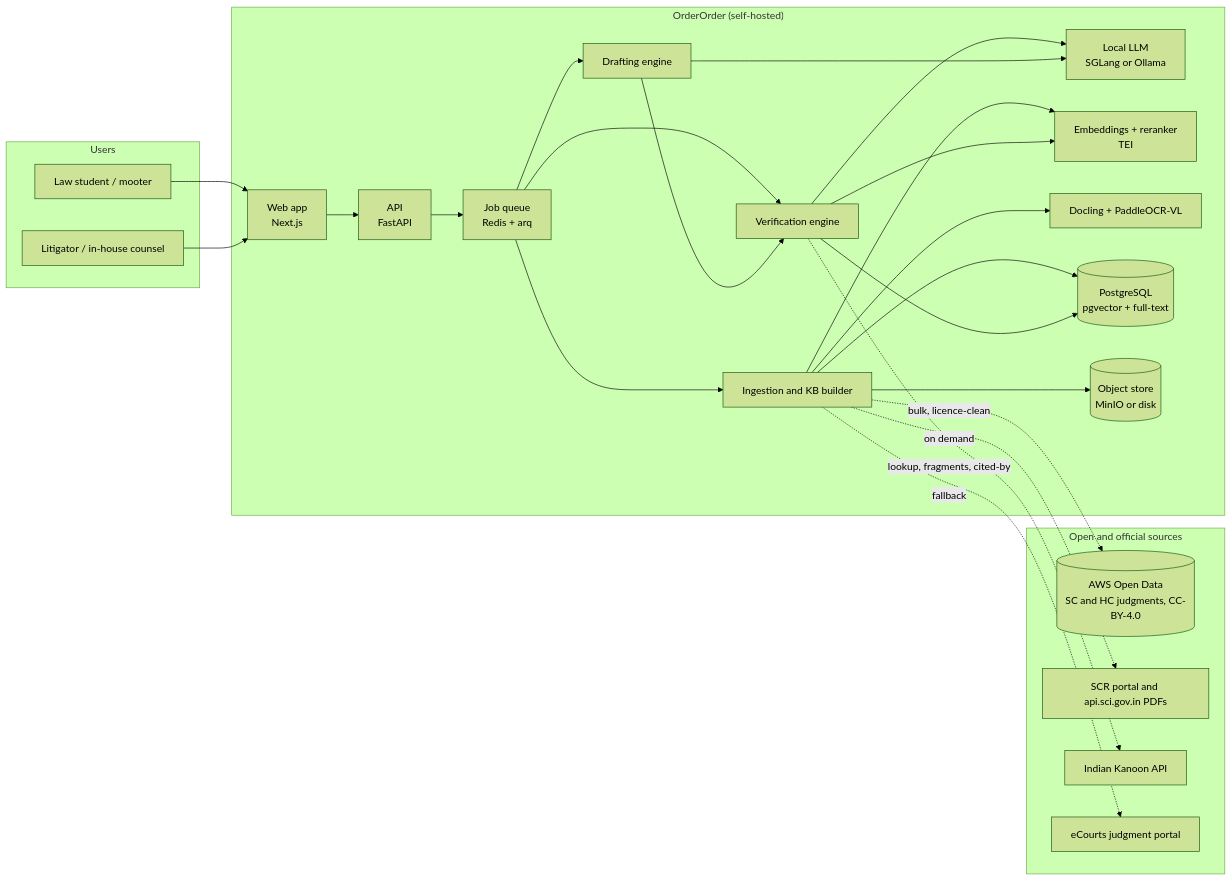
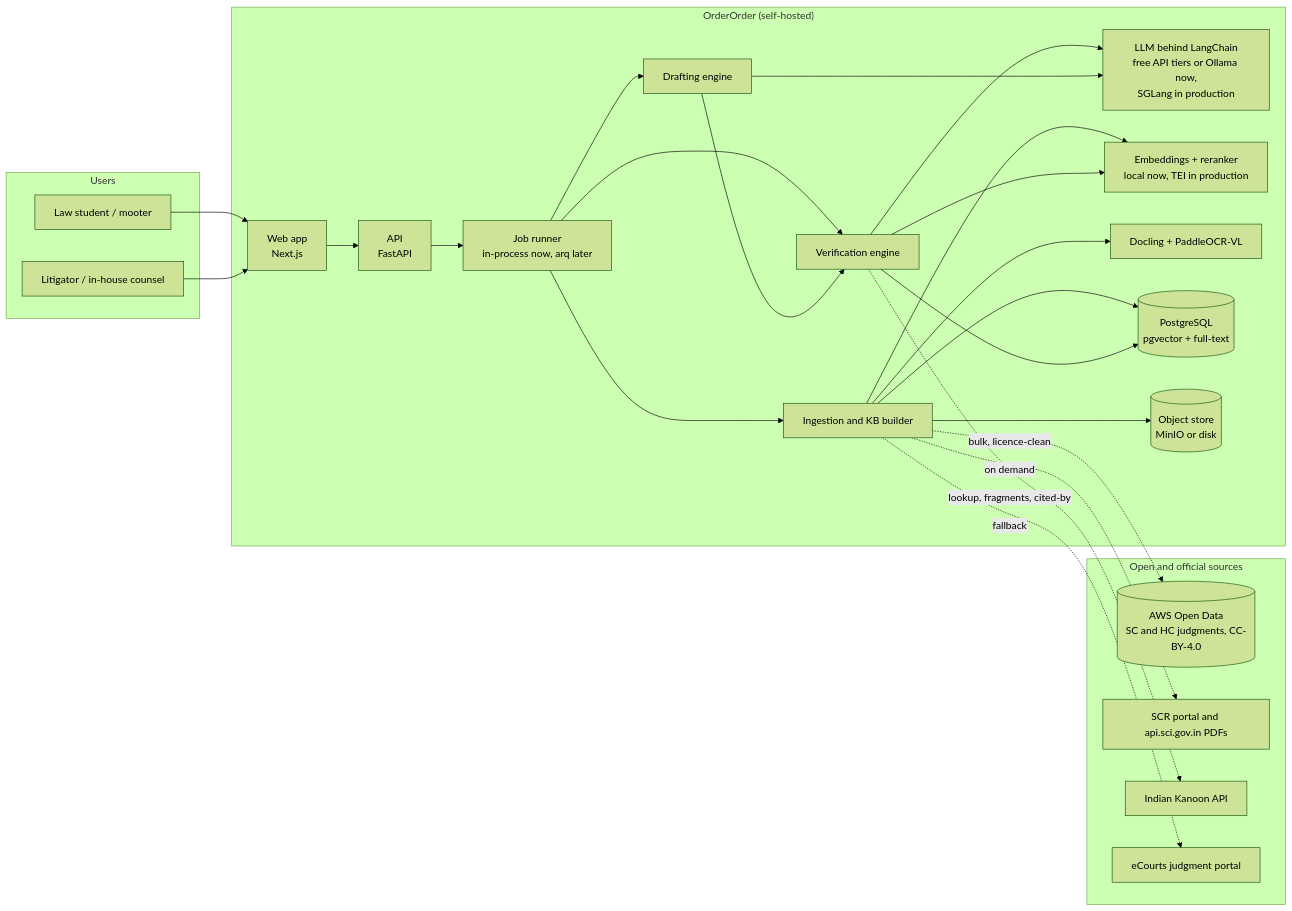
One commit to INSANE0777/order-order changed the first of 9 diagrams in docs/ARCHITECTURE.md. Above: the diagram before and after it, drawn with Mermaid (forest theme). The commit also changed other lines of this file and 4 other files, not shown here.

````diff
--- a/docs/ARCHITECTURE.md
+++ b/docs/ARCHITECTURE.md
@@ -32,49 +32,49 @@
 ```mermaid
 flowchart LR
     subgraph users["Users"]
         U1["Law student / mooter"]
         U2["Litigator / in-house counsel"]
     end
 
     subgraph orderorder["OrderOrder (self-hosted)"]
         WEB["Web app<br/>Next.js"]
         API["API<br/>FastAPI"]
-        Q["Job queue<br/>Redis + arq"]
+        Q["Job runner<br/>in-process now, arq later"]
         ING["Ingestion and KB builder"]
         ENG["Verification engine"]
         DRF["Drafting engine"]
-        LLM["Local LLM<br/>SGLang or Ollama"]
-        EMB["Embeddings + reranker<br/>TEI"]
+        LLM["LLM behind LangChain<br/>free API tiers or Ollama now,<br/>SGLang in production"]
+        EMB["Embeddings + reranker<br/>local now, TEI in production"]
         OCR["Docling + PaddleOCR-VL"]
         DB[("PostgreSQL<br/>pgvector + full-text")]
         OBJ[("Object store<br/>MinIO or disk")]
     end
 
     subgraph ext["Open and official sources"]
         AWS[("AWS Open Data<br/>SC and HC judgments, CC-BY-4.0")]
         SCR["SCR portal and api.sci.gov.in PDFs"]
         IK["Indian Kanoon API"]
         EC["eCourts judgment portal"]
     end
 
     U1 --> WEB
     U2 --> WEB
     WEB --> API
     API --> Q
     Q --> ING
     Q --> ENG
     Q --> DRF
     DRF --> ENG
     ING --> OCR
     ING --> EMB
     ING --> DB
     ING --> OBJ
     ENG --> DB
     ENG --> EMB
     ENG --> LLM
     DRF --> LLM
     ING -.->|"bulk, licence-clean"| AWS
     ING -.->|"on demand"| SCR
     ENG -.->|"lookup, fragments, cited-by"| IK
     ING -.->|"fallback"| EC
 ```
````
